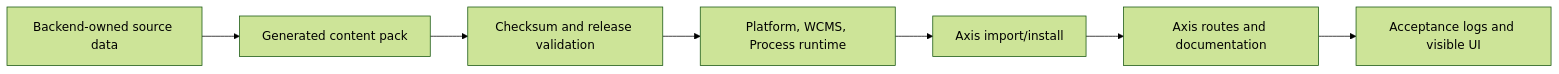
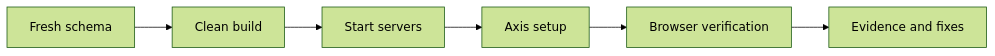
The diagram in nodics.docs/docs/pages/framework/local-verification-checklist.md (Nodics/nodics.ai), drawn with Mermaid (forest theme) before and after one commit. The commit also changed other lines of this file and 92 other files, not shown here.

Commit message:
Refactor documentation publishing and content hierarchy

````diff
--- a/nodics.docs/docs/pages/framework/local-verification-checklist.md
+++ b/nodics.docs/docs/pages/framework/local-verification-checklist.md
@@ -25,9 +10,8 @@
 ```mermaid
 flowchart LR
-  Source["Backend-owned source data"] --> Generate["Generated content pack"]
-  Generate --> Validate["Checksum and release validation"]
-  Validate --> Runtime["Platform, WCMS, Process runtime"]
-  Runtime --> Import["Axis import/install"]
-  Import --> Render["Axis routes and documentation"]
-  Render --> Evidence["Acceptance logs and visible UI"]
+  Clean["Fresh schema"] --> Build["Clean build"]
+  Build --> Start["Start servers"]
+  Start --> Setup["Axis setup"]
+  Setup --> Browser["Browser verification"]
+  Browser --> Evidence["Evidence and fixes"]
 ```
````
